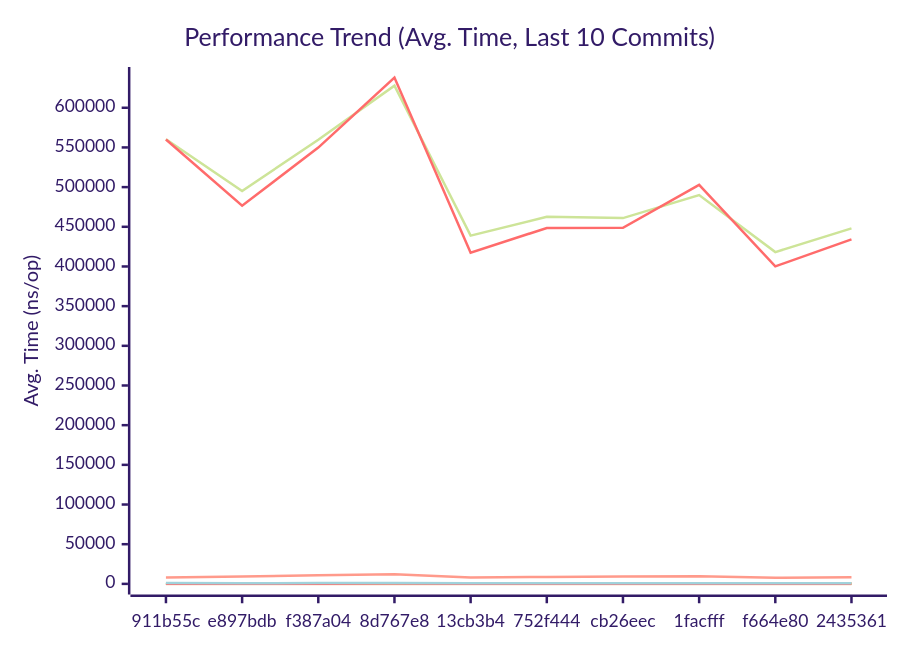
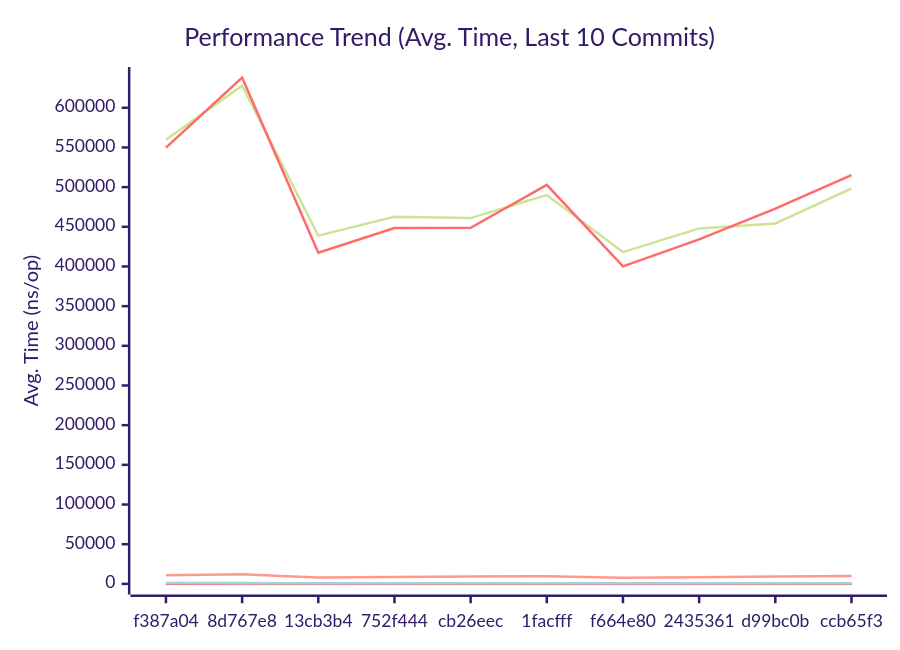
One commit to alsotoes/momo changed the first of 3 diagrams in docs/PERFORMANCE.md. Above: the diagram before and after it, drawn with Mermaid (forest theme). The commit also changed other lines of this file and 7 other files, not shown here.

````diff
--- a/docs/PERFORMANCE.md
+++ b/docs/PERFORMANCE.md
@@ -145,20 +145,20 @@
 ```mermaid
 xychart-beta
     title "Performance Trend (Avg. Time, Last 10 Commits)"
     x-axis "Commit"
     y-axis "Avg. Time (ns/op)"
-    x-axis [911b55c,e897bdb,f387a04,8d767e8,13cb3b4,752f444,cb26eec,1facfff,f664e80,2435361]
-    line "AWSChunkedReaderSigned" [560369,495010,559620,627798,438813,462513,460953,489981,418132,447933]
-    line "AWSChunkedReaderUnsigned" [559938,476646,549790,637979,417363,448517,448767,502752,400163,434167]
-    line "CheckMetricsAndSwap" [12,10,10,10,8,9,9,10,7,8]
-    line "CrushOptimized" [320,353,417,536,370,424,329,313,300,360]
-    line "CrushOriginal" [406,535,558,630,460,605,462,474,395,414]
+    x-axis [f387a04,8d767e8,13cb3b4,752f444,cb26eec,1facfff,f664e80,2435361,d99bc0b,ccb65f3]
+    line "AWSChunkedReaderSigned" [559620,627798,438813,462513,460953,489981,418132,447933,454201,498260]
+    line "AWSChunkedReaderUnsigned" [549790,637979,417363,448517,448767,502752,400163,434167,472936,515178]
+    line "CheckMetricsAndSwap" [10,10,8,9,9,10,7,8,11,10]
+    line "CrushOptimized" [417,536,370,424,329,313,300,360,327,392]
+    line "CrushOriginal" [558,630,460,605,462,474,395,414,473,508]
     line "IndexDirectTracking" [0,0,0,0,0,0,0,0,0,0]
     line "IndexSearch" [3,3,3,3,3,3,3,3,3,3]
-    line "LoadGlobalConfig" [8163,9243,10867,11980,7965,8740,9209,9546,7608,8267]
-    line "PadString" [39,46,56,63,39,42,51,49,39,40]
+    line "LoadGlobalConfig" [10867,11980,7965,8740,9209,9546,7608,8267,9369,9892]
+    line "PadString" [56,63,39,42,51,49,39,40,55,47]
     line "ParseReplicationOrder_NoPrealloc" [350,349,357,354,345,225,229,165,232,234]
     line "ParseReplicationOrder_Prealloc" [229,231,237,234,229,108,107,80,110,109]
-    line "SanitizeLog/Safe" [218,262,255,336,234,225,309,240,224,240]
-    line "SanitizeLog/Unsafe" [1259,759,960,1005,654,741,781,861,650,706]
+    line "SanitizeLog/Safe" [255,336,234,225,309,240,224,240,236,244]
+    line "SanitizeLog/Unsafe" [960,1005,654,741,781,861,650,706,809,898]
 ```
````
